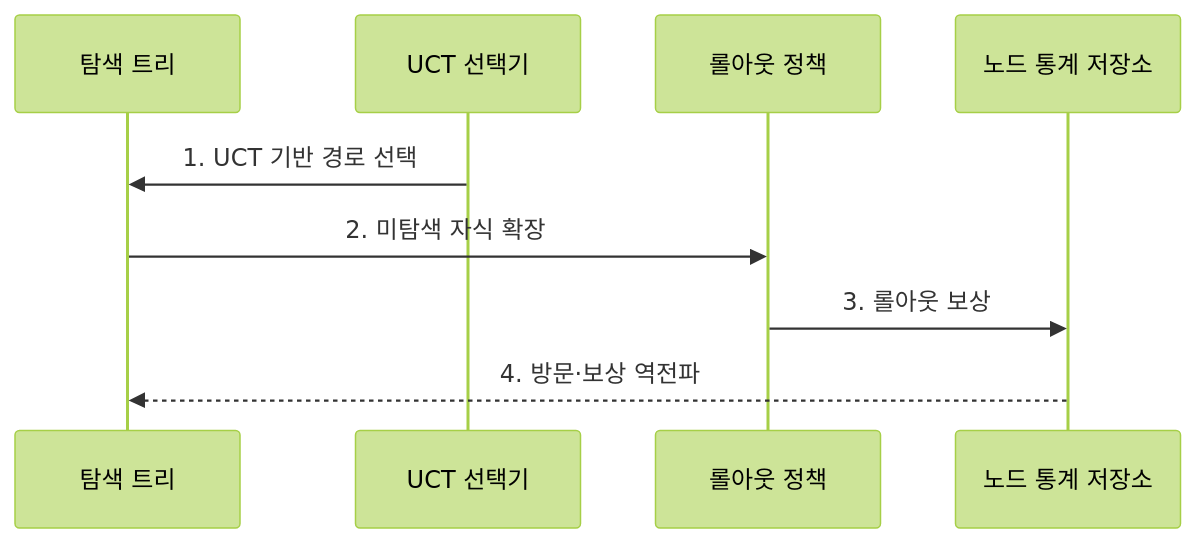
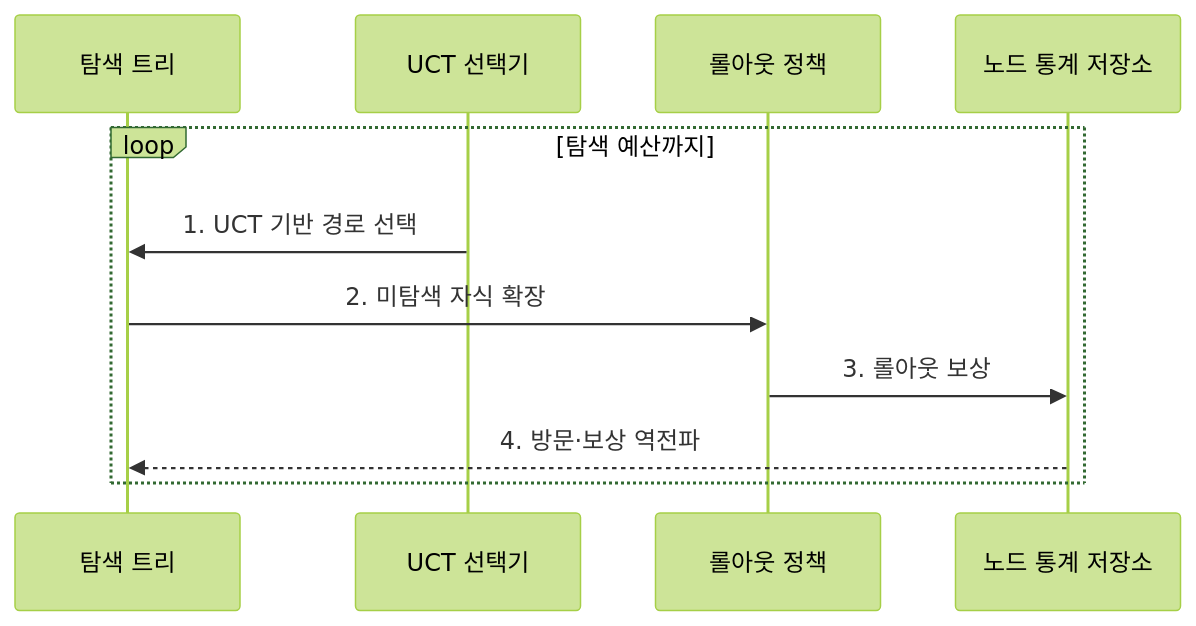
The second of 2 diagrams in src/content/docs/notes/08-latest-tech/098_monte_carlo_tree_search.md (agnusdei1207/knowledge-base), drawn with Mermaid (forest theme) before and after one commit. The commit also changed other lines of this file and 225 other files, not shown here.

````diff
--- a/src/content/docs/notes/08-latest-tech/098_monte_carlo_tree_search.md
+++ b/src/content/docs/notes/08-latest-tech/098_monte_carlo_tree_search.md
@@ -81,11 +81,13 @@
 ```mermaid
 sequenceDiagram
   participant T as 탐색 트리
   participant U as UCT 선택기
   participant R as 롤아웃 정책
   participant S as 노드 통계 저장소
-  U->>T: 1. UCT 기반 경로 선택
-  T->>R: 2. 미탐색 자식 확장
-  R->>S: 3. 롤아웃 보상
-  S-->>T: 4. 방문·보상 역전파
+  loop 탐색 예산까지
+    U->>T: 1. UCT 기반 경로 선택
+    T->>R: 2. 미탐색 자식 확장
+    R->>S: 3. 롤아웃 보상
+    S-->>T: 4. 방문·보상 역전파
+  end
 ```
````
